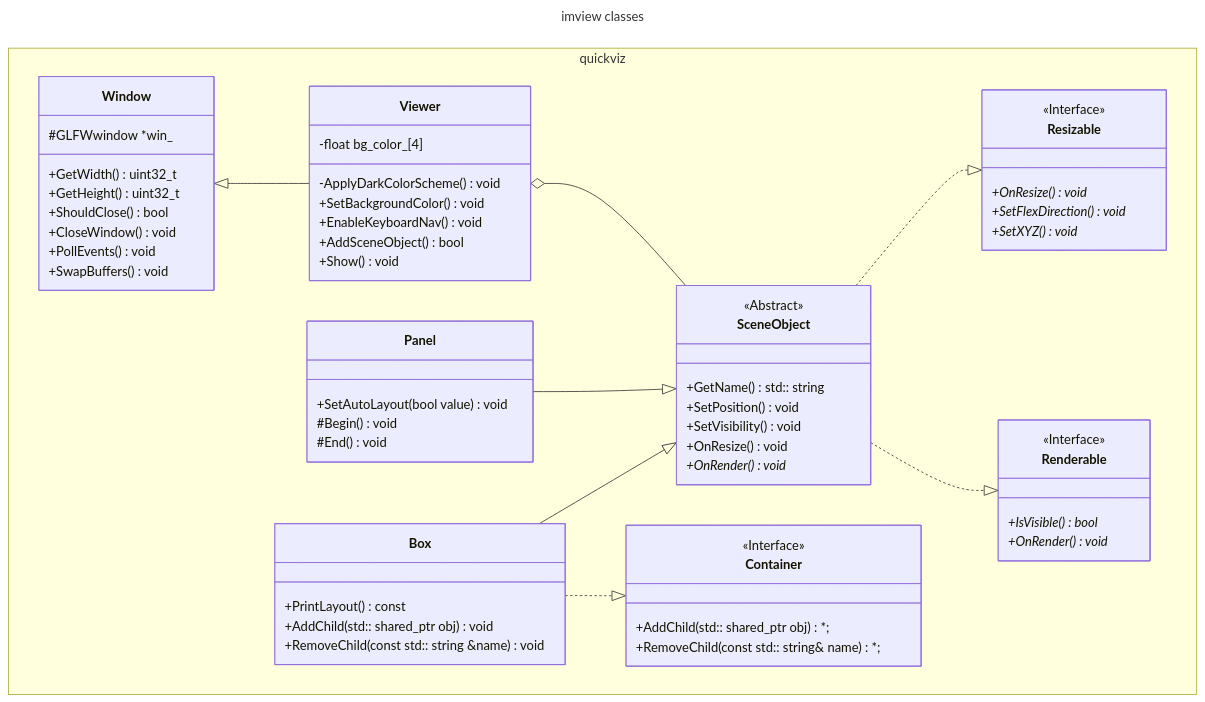
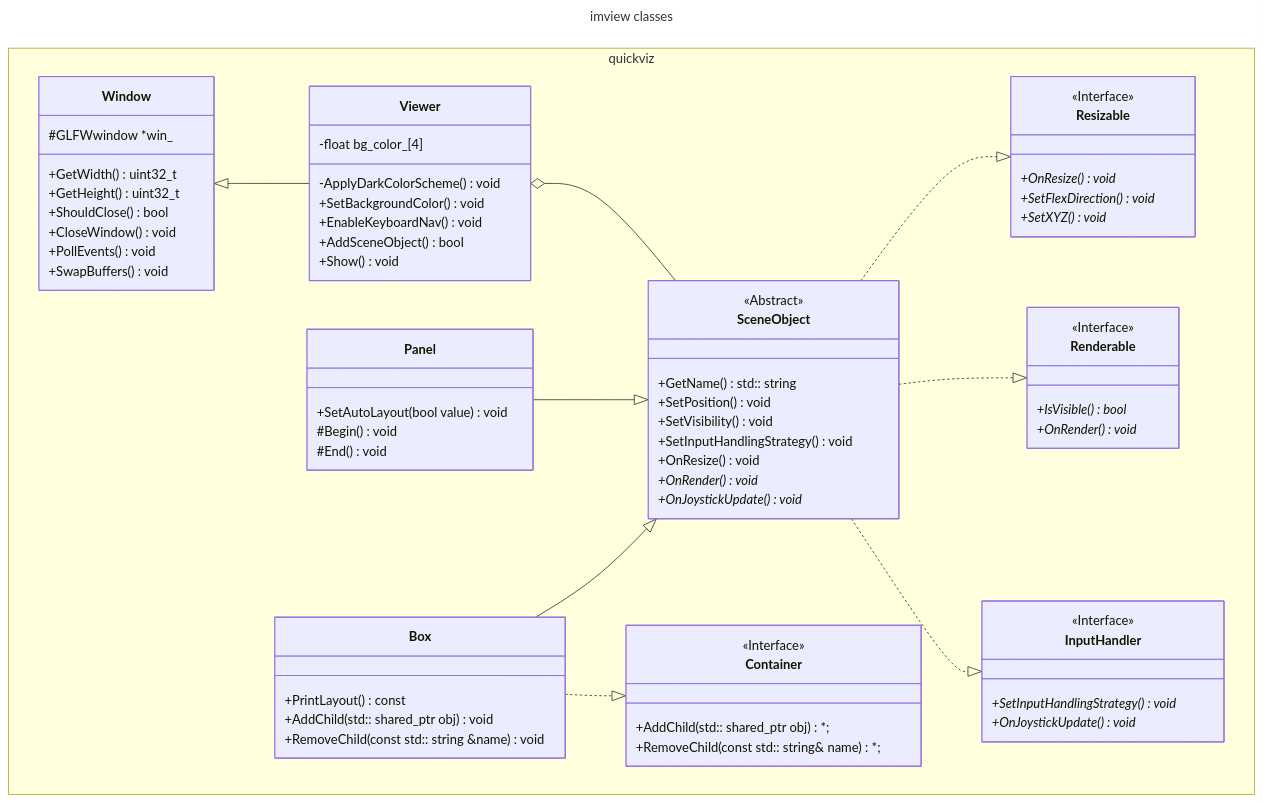
One commit to rxdu/quickviz changed the diagram in docs/imview_design.md. Above: the diagram before and after it, drawn with Mermaid. The commit also changed 13 other files, not shown here.

Commit message:
joystick: redesigned joystick handling with unified user input event handling

````diff
--- a/docs/imview_design.md
+++ b/docs/imview_design.md
@@ -26,66 +26,74 @@
 ```mermaid
 ---
 title: imview classes
 ---
 classDiagram
     Window <|-- Viewer
     Viewer o-- SceneObject
     Panel --|> SceneObject
     Box --|> SceneObject
     Box ..|> Container
     SceneObject ..|> Resizable
     SceneObject ..|> Renderable
+    SceneObject ..|> InputHandler
     namespace quickviz {
         class Window {
             #GLFWwindow *win_
             +GetWidth() uint32_t
             +GetHeight() uint32_t
             +ShouldClose() bool
             +CloseWindow() void
             +PollEvents() void
             +SwapBuffers() void
         }
         class Viewer {
             -float bg_color_[4]
             -ApplyDarkColorScheme() void
             +SetBackgroundColor() void
             +EnableKeyboardNav() void
             +AddSceneObject() bool
             +Show() void
         }
         class Renderable {
             <<Interface>>
             +IsVisible() bool *
             +OnRender() void *
         }
         class Resizable {
             <<Interface>>
             +OnResize() void *
             +SetFlexDirection() void *
             +SetXYZ() void *
         }
+        class InputHandler {
+            <<Interface>>
+            +SetInputHandlingStrategy() void *
+            +OnJoystickUpdate() void *
+        }
         class Container {
             <<Interface>>
             +AddChild(std:: shared_ptr<SceneObject> obj) *;
             +RemoveChild(const std:: string& name) *;
         }
         class SceneObject {
             <<Abstract>>
             +GetName() std:: string
             +SetPosition() void
             +SetVisibility() void
+            +SetInputHandlingStrategy() void
             +OnResize() void
             +OnRender() void *
+            +OnJoystickUpdate() void *
         }
         class Box {
             +PrintLayout() const
             +AddChild(std:: shared_ptr<SceneObject> obj) void
             +RemoveChild(const std:: string &name) void
         }
         class Panel {
             +SetAutoLayout(bool value) void
             #Begin() void
             #End() void
         }
     }
 ```
````
